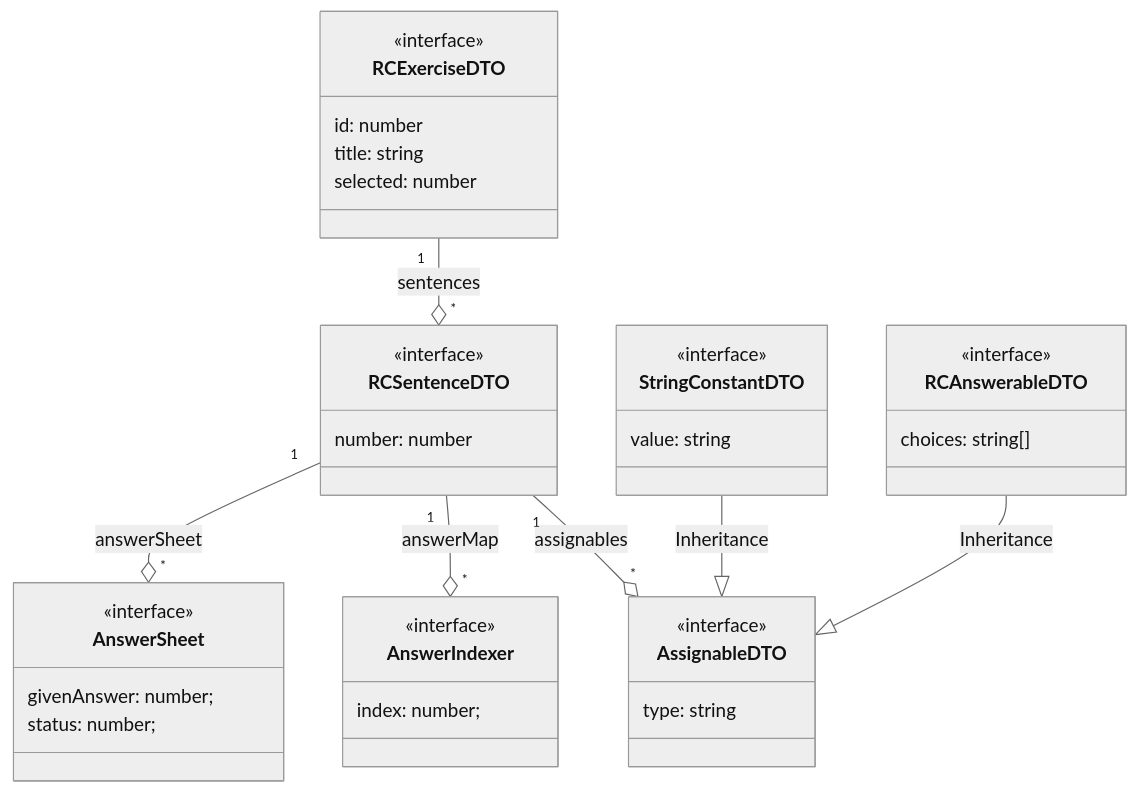
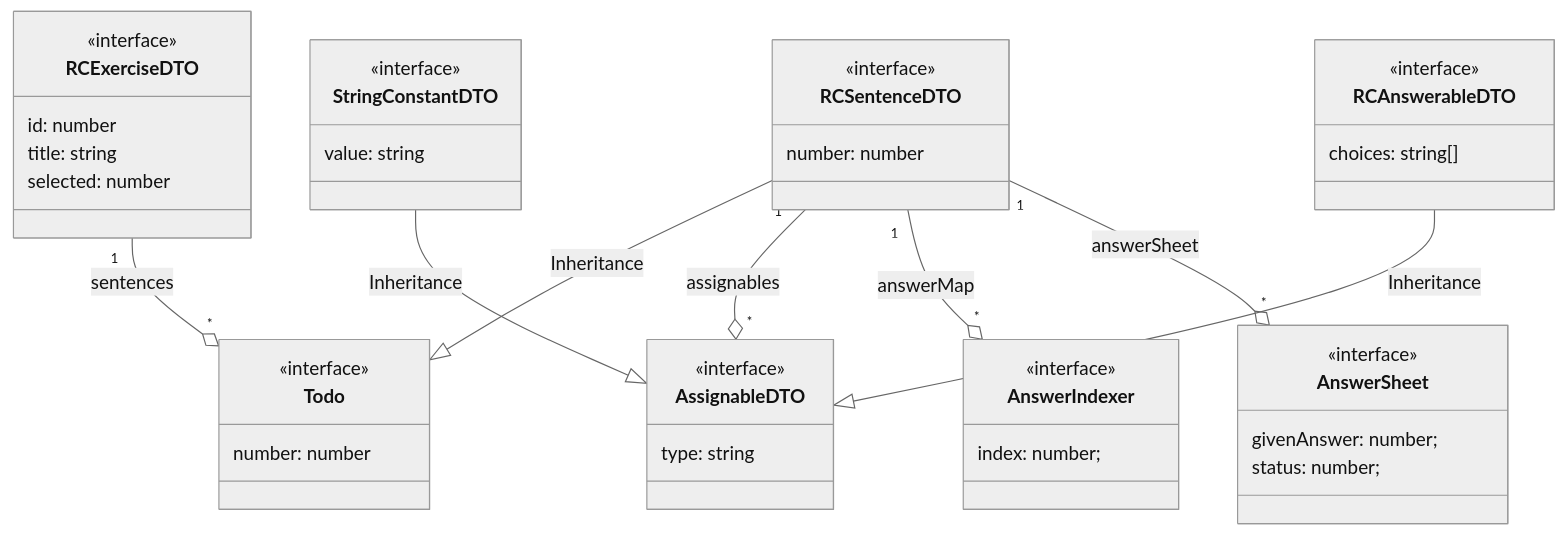
Before and after one commit to enrico-bottani/kisa-exercise: the diagram in doc/RCDiagram/RCEditor.md, drawn with Mermaid (neutral theme). The commit also changed 10 other files, not shown here.

````diff
--- a/doc/RCDiagram/RCEditor.md
+++ b/doc/RCDiagram/RCEditor.md
@@ -3,45 +3,51 @@
 ```mermaid
 classDiagram
 direction TB
 class RCExerciseDTO{
     <<interface>>
     id: number
     title: string
     selected: number
 }
+class Todo{
+    <<interface>>
+    number: number
+}
 class RCSentenceDTO{
     <<interface>>
     number: number
 }
-RCExerciseDTO "1" --o "*" RCSentenceDTO : sentences
 class AssignableDTO{
     <<interface>>
     type: string
 }
+RCExerciseDTO "1" --o "*" Todo : sentences
+RCSentenceDTO --|> Todo : Inheritance
+
 RCSentenceDTO "1" --o "*" AssignableDTO : assignables
 class StringConstantDTO{
     <<interface>>
     value: string
 }
 StringConstantDTO --|> AssignableDTO : Inheritance
 
 class RCAnswerableDTO{
     <<interface>>
     choices: string[]
 }
 RCAnswerableDTO --|> AssignableDTO : Inheritance
 
 class AnswerIndexer {
     <<interface>>
     index: number;
 }
 RCSentenceDTO "1" --o "*" AnswerIndexer : answerMap
 
 class AnswerSheet {
     <<interface>>
     givenAnswer: number;
     status: number;
 }
 
 RCSentenceDTO "1" --o "*" AnswerSheet : answerSheet
 ```
````
